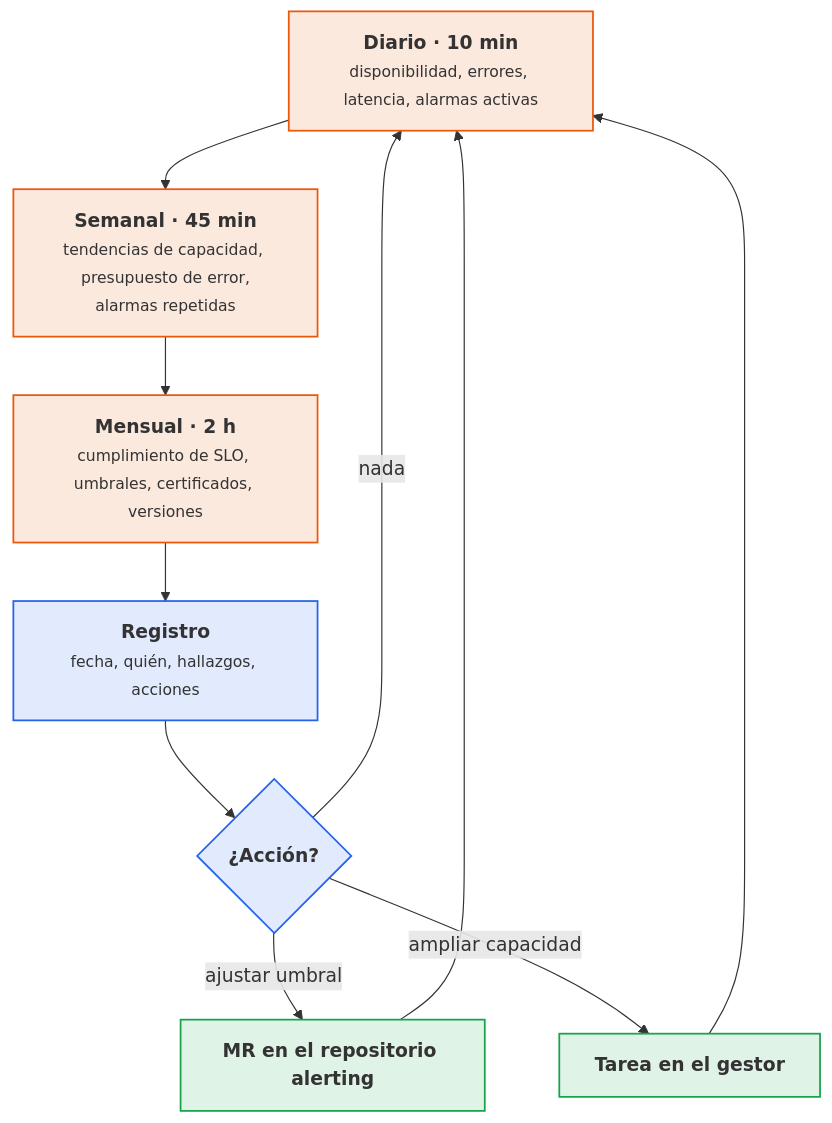
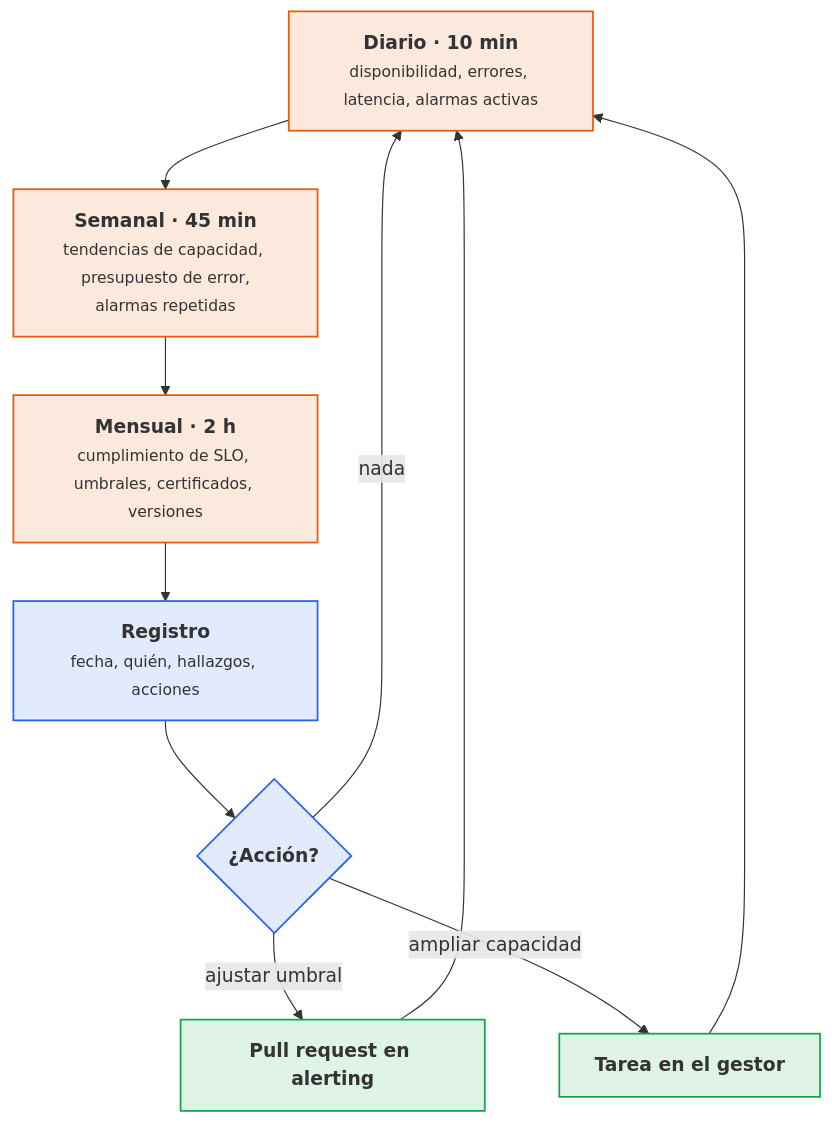
One commit to victor-educ/apuntes-5169 changed the fifth of 5 diagrams in docs/ut/ut4-kpi-pruebas.md. Above: the diagram before and after it, drawn with Mermaid. The commit also changed other lines of this file and 17 other files, not shown here.

````diff
--- a/docs/ut/ut4-kpi-pruebas.md
+++ b/docs/ut/ut4-kpi-pruebas.md
@@ -1135,20 +1192,20 @@
 ```mermaid
 flowchart TD
     D["<b>Diario · 10 min</b><br><small>disponibilidad, errores, latencia, alarmas activas</small>"]:::act
     S["<b>Semanal · 45 min</b><br><small>tendencias de capacidad, presupuesto de error,<br>alarmas repetidas</small>"]:::act
     M["<b>Mensual · 2 h</b><br><small>cumplimiento de SLO, umbrales, certificados, versiones</small>"]:::act
     R["<b>Registro</b><br><small>fecha, quién, hallazgos, acciones</small>"]:::dato
     A{"<b>¿Acción?</b>"}:::dato
-    U["<b>MR en el repositorio alerting</b>"]:::ok
+    U["<b>Pull request en alerting</b>"]:::ok
     T["<b>Tarea en el gestor</b>"]:::ok
     D --> S --> M --> R --> A
     A -- ajustar umbral --> U --> D
     A -- ampliar capacidad --> T --> D
     A -- nada --> D
     classDef act fill:#ea580c22,stroke:#ea580c,stroke-width:1.5px
     classDef pieza fill:#64748b22,stroke:#64748b,stroke-width:1.5px
     classDef dato fill:#2563eb22,stroke:#2563eb,stroke-width:1.5px
     classDef infra fill:#a1a1aa14,stroke:#a1a1aa,stroke-width:1.5px
     classDef ok fill:#16a34a22,stroke:#16a34a,stroke-width:1.5px
     classDef riesgo fill:#dc262622,stroke:#dc2626,stroke-width:1.5px
 ```
````
